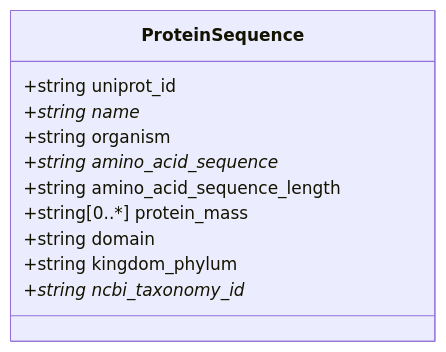
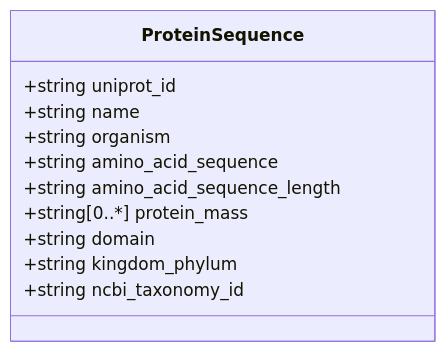
One commit to maxim945/TestDatabase-For-Lars changed the diagram in Database/schemes/PyEED Data Model.md. Above: the diagram before and after it, drawn with Mermaid. The commit also changed 1 other file, not shown here.

Commit message:
API update

````diff
--- a/Database/schemes/PyEED Data Model.md
+++ b/Database/schemes/PyEED Data Model.md
@@ -1,16 +1,16 @@
 ```mermaid
 classDiagram
     
     class ProteinSequence {
         +string uniprot_id
-        +string name*
+        +string name
         +string organism
-        +string amino_acid_sequence*
+        +string amino_acid_sequence
         +string amino_acid_sequence_length
         +string[0..*] protein_mass
         +string domain
         +string kingdom_phylum
-        +string ncbi_taxonomy_id*
+        +string ncbi_taxonomy_id
     }
     
 ```
````
